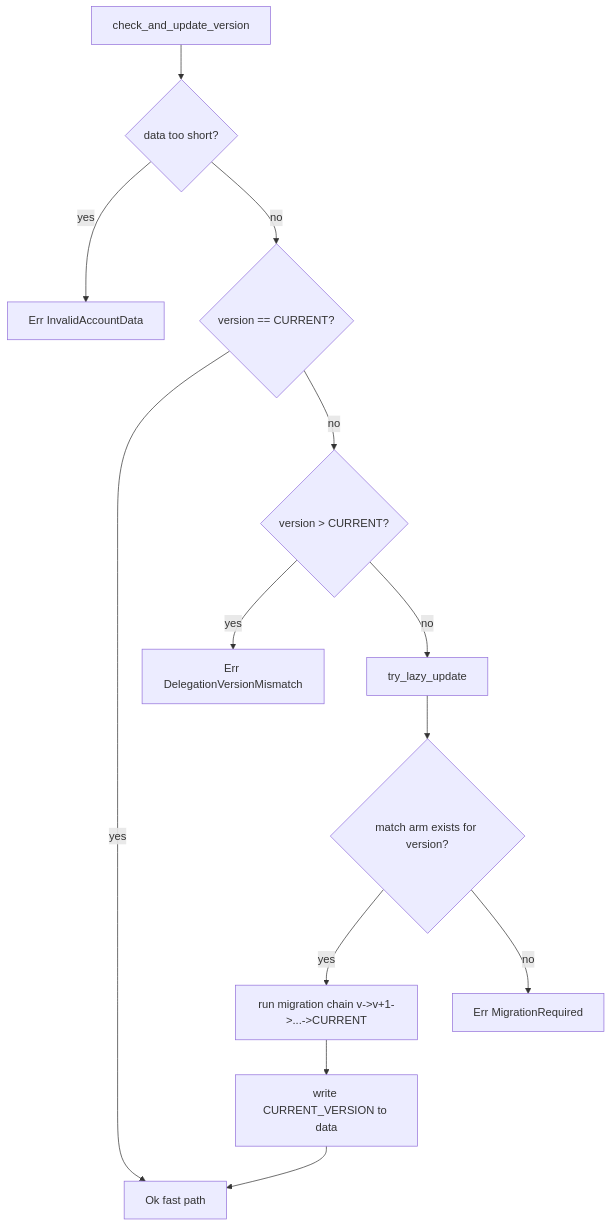
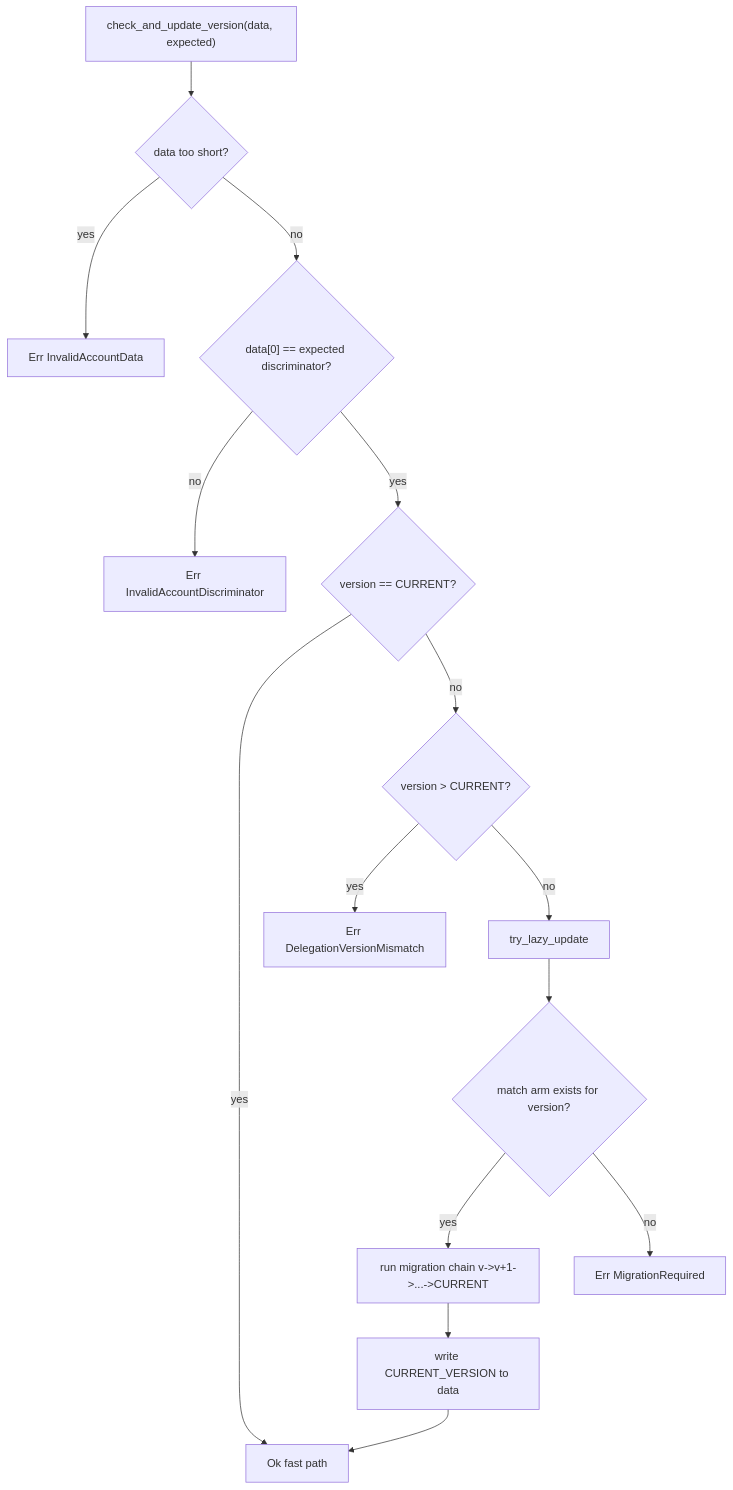
The second of 3 diagrams in docs/003-versioning-migration-architecture.md (solana-foundation/subscriptions), drawn with Mermaid before and after one commit. The commit also changed other lines of this file and 72 other files, not shown here.

````diff
--- a/docs/003-versioning-migration-architecture.md
+++ b/docs/003-versioning-migration-architecture.md
@@ -67,15 +68,17 @@
 ```mermaid
 flowchart TD
-    A[check_and_update_version] --> B{data too short?}
+    A["check_and_update_version(data, expected)"] --> B{data too short?}
     B -- yes --> C[Err InvalidAccountData]
-    B -- no --> D{version == CURRENT?}
+    B -- no --> B2{"data[0] == expected discriminator?"}
+    B2 -- no --> C2[Err InvalidAccountDiscriminator]
+    B2 -- yes --> D{version == CURRENT?}
     D -- yes --> E[Ok fast path]
     D -- no --> F{version > CURRENT?}
     F -- yes --> G[Err DelegationVersionMismatch]
     F -- no --> H[try_lazy_update]
     H --> I{match arm exists for version?}
     I -- yes --> J[run migration chain v->v+1->...->CURRENT]
     J --> K[write CURRENT_VERSION to data]
     K --> E
     I -- no --> L[Err MigrationRequired]
 ```
````
